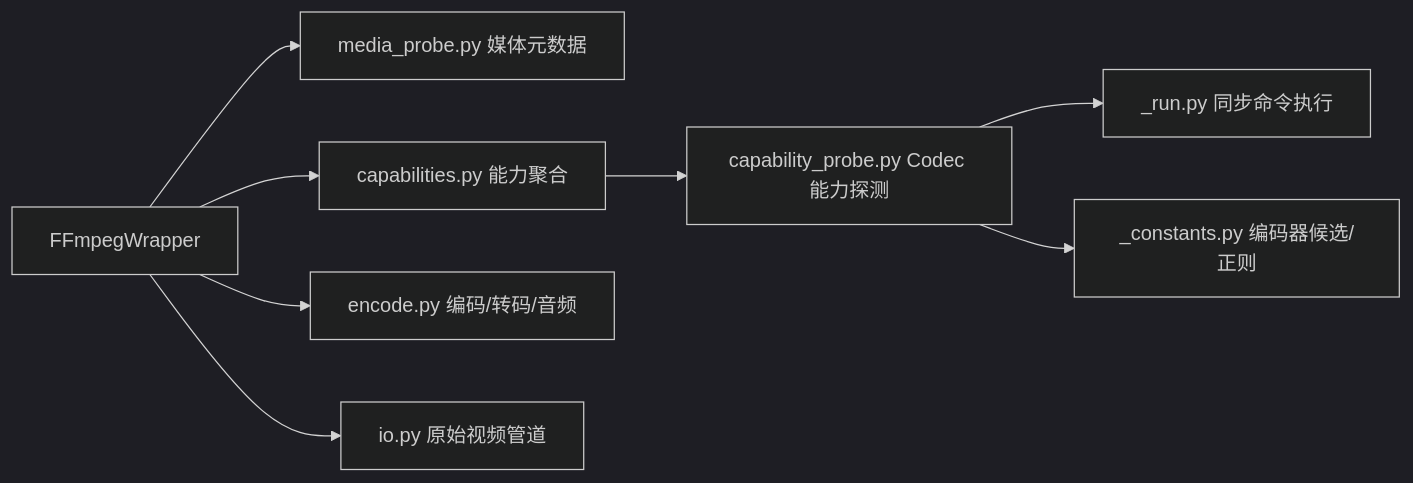
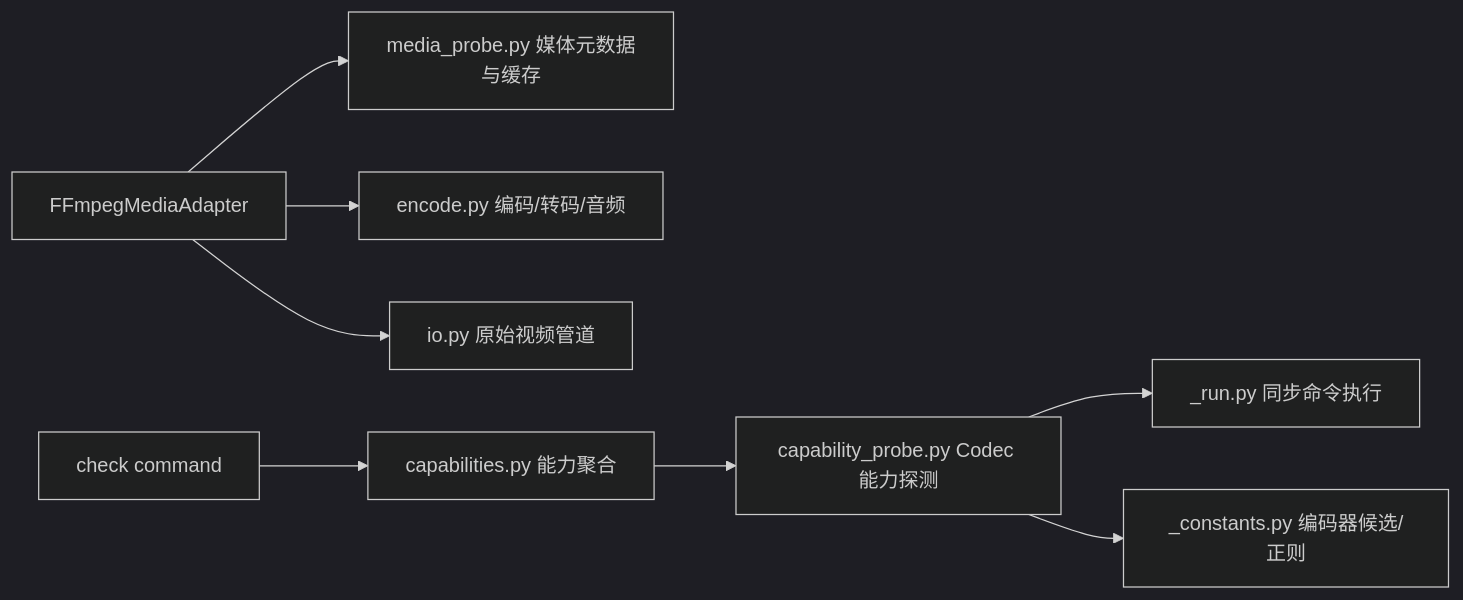
Before and after one commit to youge325/vp: the third of 3 diagrams in docs/04-backend-architecture.md, drawn with Mermaid (dark theme). The commit also changed other lines of this file and 9 other files, not shown here.

````diff
--- a/docs/04-backend-architecture.md
+++ b/docs/04-backend-architecture.md
@@ -285,10 +295,10 @@
 ```mermaid
 graph LR
-    A[FFmpegWrapper] --> B[media_probe.py 媒体元数据]
-    A --> C[capabilities.py 能力聚合]
-    C --> D[capability_probe.py Codec 能力探测]
+    A[FFmpegMediaAdapter] --> B[media_probe.py 媒体元数据与缓存]
     A --> E[encode.py 编码/转码/音频]
     A --> F[io.py 原始视频管道]
+    C[check command] --> I[capabilities.py 能力聚合]
+    I --> D[capability_probe.py Codec 能力探测]
     D --> G[_run.py 同步命令执行]
     D --> H[_constants.py 编码器候选/正则]
 ```
````
